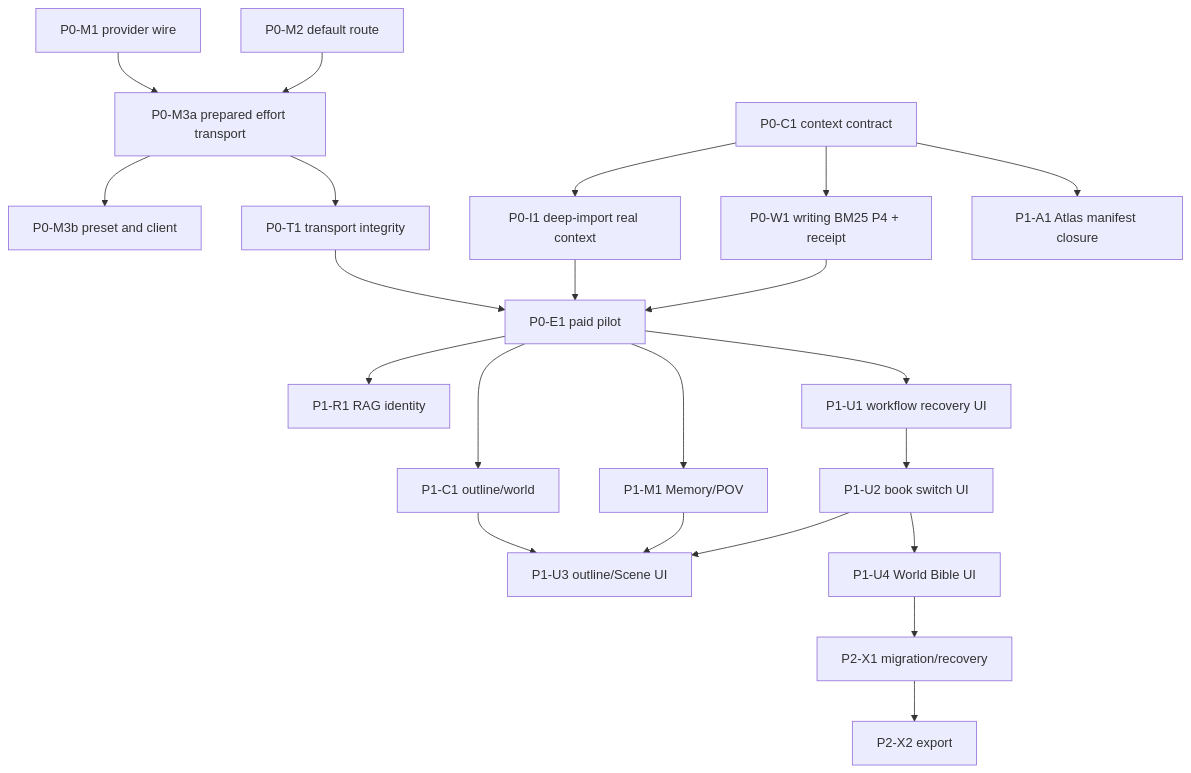
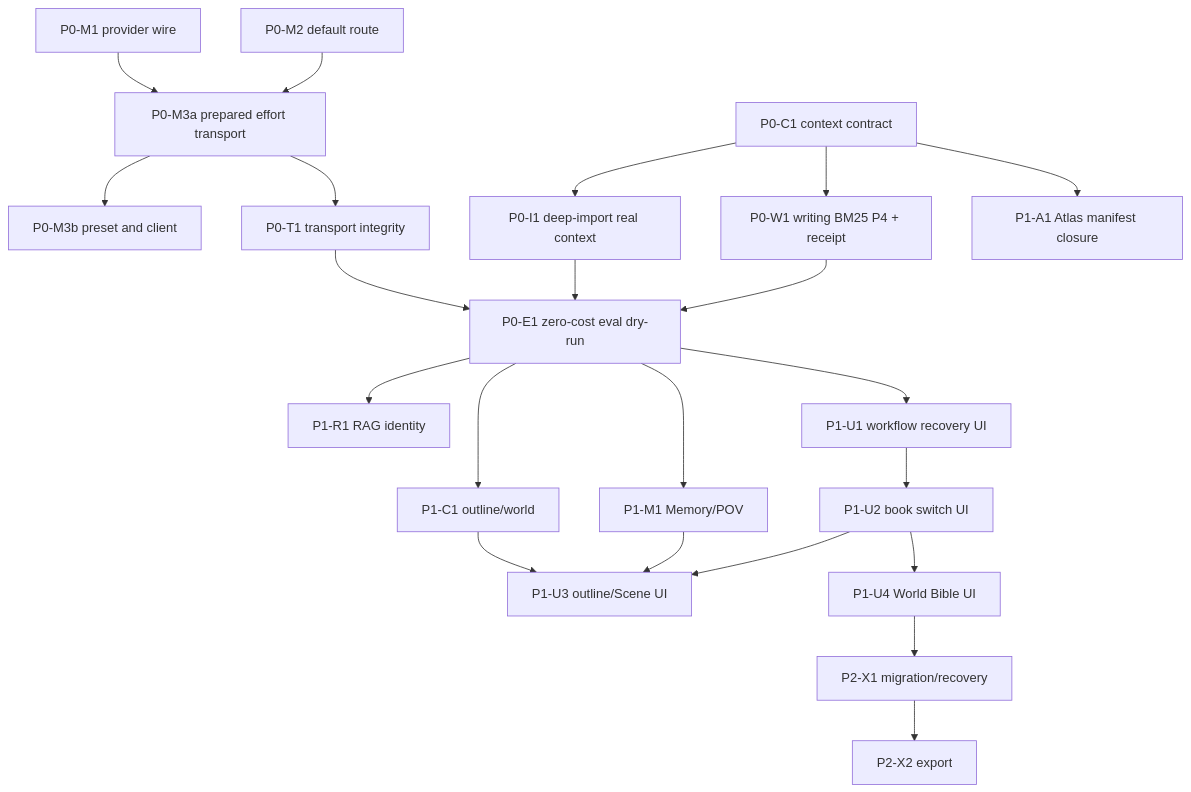
Before and after one commit to FengHuoLinShan/novelAssist-dsh: the second of 2 diagrams in docs/agent/dsh-rebuild/项目评估图谱-修复优化交接计划.md, drawn with Mermaid. The commit also changed other lines of this file and 2 other files, not shown here.

Commit message:
docs(dsh): close project evaluation roadmap

````diff
--- a/docs/agent/dsh-rebuild/项目评估图谱-修复优化交接计划.md
+++ b/docs/agent/dsh-rebuild/项目评估图谱-修复优化交接计划.md
@@ -382,24 +415,24 @@
 ```mermaid
 flowchart TD
   M1[P0-M1 provider wire] --> M3A[P0-M3a prepared effort transport]
   M2[P0-M2 default route] --> M3A
   M3A --> M3B[P0-M3b preset and client]
   M3A --> T1[P0-T1 transport integrity]
   C1[P0-C1 context contract] --> I1[P0-I1 deep-import real context]
   C1 --> W1[P0-W1 writing BM25 P4 + receipt]
   C1 --> AC[P1-A1 Atlas manifest closure]
-  T1 --> E1[P0-E1 paid pilot]
+  T1 --> E1[P0-E1 zero-cost eval dry-run]
   I1 --> E1
   W1 --> E1
   E1 --> R1[P1-R1 RAG identity]
   E1 --> P1C1[P1-C1 outline/world]
   E1 --> MM[P1-M1 Memory/POV]
   E1 --> U1[P1-U1 workflow recovery UI]
   U1 --> U2[P1-U2 book switch UI]
   U2 --> U3[P1-U3 outline/Scene UI]
   U2 --> U4[P1-U4 World Bible UI]
   P1C1 --> U3
   MM --> U3
   U4 --> X1[P2-X1 migration/recovery]
   X1 --> X2[P2-X2 export]
 ```
````
